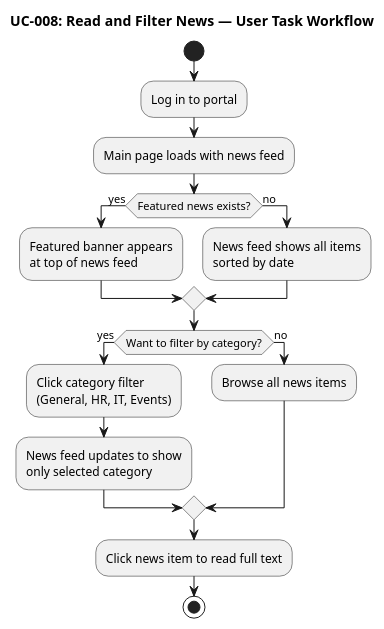
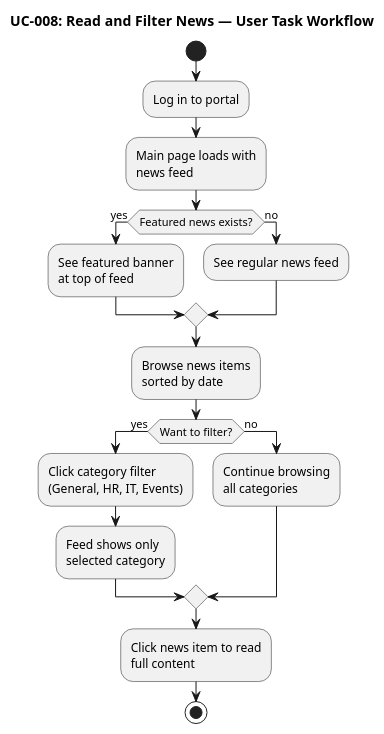
Before and after one commit to banense-test/portal-cuba-corp: the eighth of 11 diagrams in docs/artifacts/deployment/user-documentation.md, drawn with PlantUML. The commit also changed other lines of this file, not shown here.

````diff
--- a/docs/artifacts/deployment/user-documentation.md
+++ b/docs/artifacts/deployment/user-documentation.md
@@ -384,29 +364,26 @@
 ```plantuml
 @startuml
 title UC-008: Read and Filter News — User Task Workflow
 
 skinparam activityStyle rounded
 
 start
 :Log in to portal;
-:Main page loads with news feed;
-
+:Main page loads with\nnews feed;
 if (Featured news exists?) then (yes)
-  :Featured banner appears\nat top of news feed;
+  :See featured banner\nat top of feed;
 else (no)
-  :News feed shows all items\nsorted by date;
+  :See regular news feed;
 endif
-
-if (Want to filter by category?) then (yes)
+:Browse news items\nsorted by date;
+if (Want to filter?) then (yes)
   :Click category filter\n(General, HR, IT, Events);
-  :News feed updates to show\nonly selected category;
+  :Feed shows only\nselected category;
 else (no)
-  :Browse all news items;
+  :Continue browsing\nall categories;
 endif
-
-:Click news item to read full text;
-
+:Click news item to read\nfull content;
 stop
 
 @enduml
 ```
````
